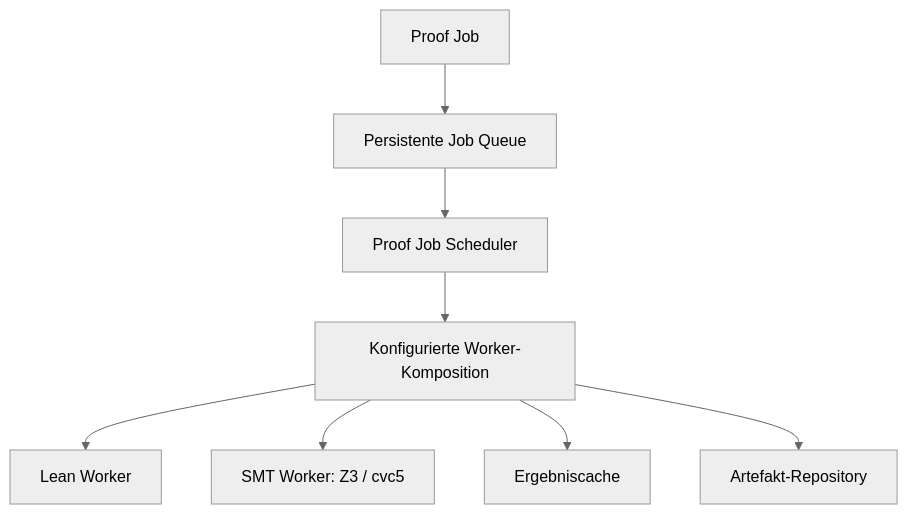
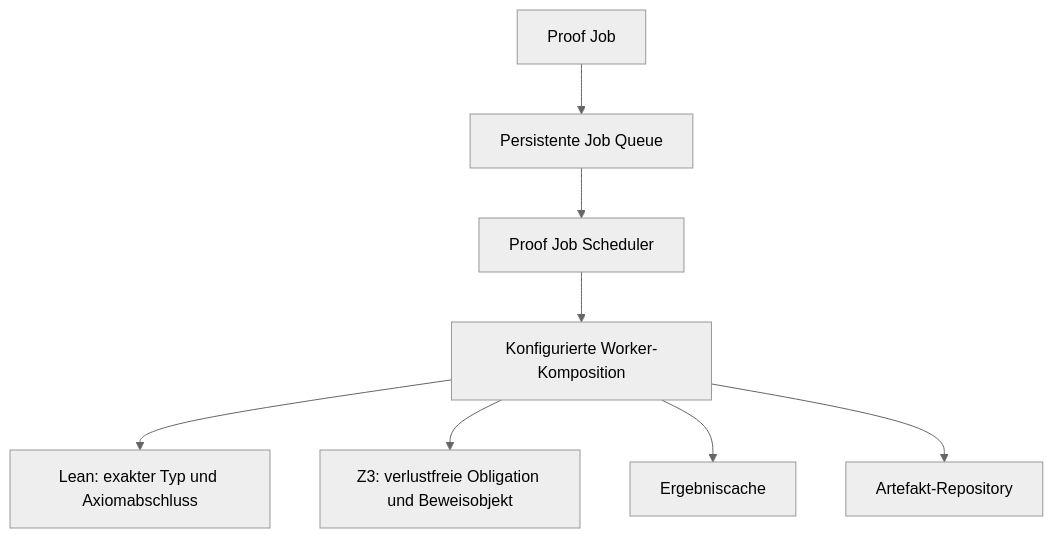
Before and after one commit to carstenartur/Regelsuche: the diagram in docs/proof-workbench.md, drawn with Mermaid (neutral theme). The commit also changed other lines of this file and 3 other files, not shown here.

````diff
--- a/docs/proof-workbench.md
+++ b/docs/proof-workbench.md
@@ -81,10 +73,10 @@
 ```mermaid
 flowchart TD
     request[Proof Job] --> queue[Persistente Job Queue]
     queue --> scheduler[Proof Job Scheduler]
     scheduler --> workers[Konfigurierte Worker-Komposition]
-    workers --> lean[Lean Worker]
-    workers --> smt[SMT Worker: Z3 / cvc5]
+    workers --> lean[Lean: exakter Typ und Axiomabschluss]
+    workers --> smt[Z3: verlustfreie Obligation und Beweisobjekt]
     workers --> cache[Ergebniscache]
     workers --> artifacts[Artefakt-Repository]
 ```
````
